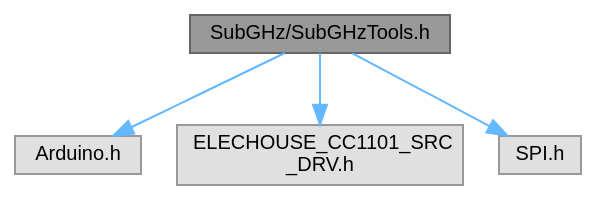
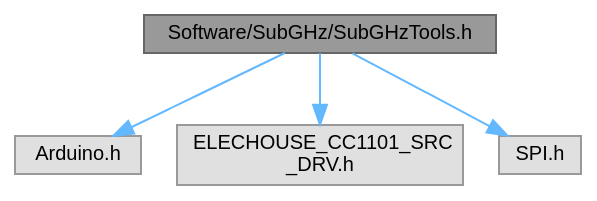
The diagram in SubGHz_2SubGHzTools_8h__incl.dot (Jonathan-0101/skeletonKey), drawn with Graphviz before and after one commit. The commit also changed 57 other files, not shown here.

```diff
--- a/SubGHz_2SubGHzTools_8h__incl.dot
+++ b/SubGHz_2SubGHzTools_8h__incl.dot
@@ -1,14 +1,14 @@
-digraph "SubGHz/SubGHzTools.h"
+digraph "Software/SubGHz/SubGHzTools.h"
 {
  // LATEX_PDF_SIZE
   bgcolor="transparent";
   edge [fontname=Helvetica,fontsize=10,labelfontname=Helvetica,labelfontsize=10];
   node [fontname=Helvetica,fontsize=10,shape=box,height=0.2,width=0.4];
-  Node1 [id="Node000001",label="SubGHz/SubGHzTools.h",height=0.2,width=0.4,color="gray40", fillcolor="grey60", style="filled", fontcolor="black",tooltip="Library for Sub-GHz attack tools."];
+  Node1 [id="Node000001",label="Software/SubGHz/SubGHzTools.h",height=0.2,width=0.4,color="gray40", fillcolor="grey60", style="filled", fontcolor="black",tooltip="Library for Sub-GHz attack tools."];
   Node1 -> Node2 [id="edge1_Node000001_Node000002",color="steelblue1",style="solid",tooltip=" "];
   Node2 [id="Node000002",label="Arduino.h",height=0.2,width=0.4,color="grey60", fillcolor="#E0E0E0", style="filled",tooltip=" "];
   Node1 -> Node3 [id="edge2_Node000001_Node000003",color="steelblue1",style="solid",tooltip=" "];
   Node3 [id="Node000003",label="ELECHOUSE_CC1101_SRC\l_DRV.h",height=0.2,width=0.4,color="grey60", fillcolor="#E0E0E0", style="filled",tooltip=" "];
   Node1 -> Node4 [id="edge3_Node000001_Node000004",color="steelblue1",style="solid",tooltip=" "];
   Node4 [id="Node000004",label="SPI.h",height=0.2,width=0.4,color="grey60", fillcolor="#E0E0E0", style="filled",tooltip=" "];
 }
```
